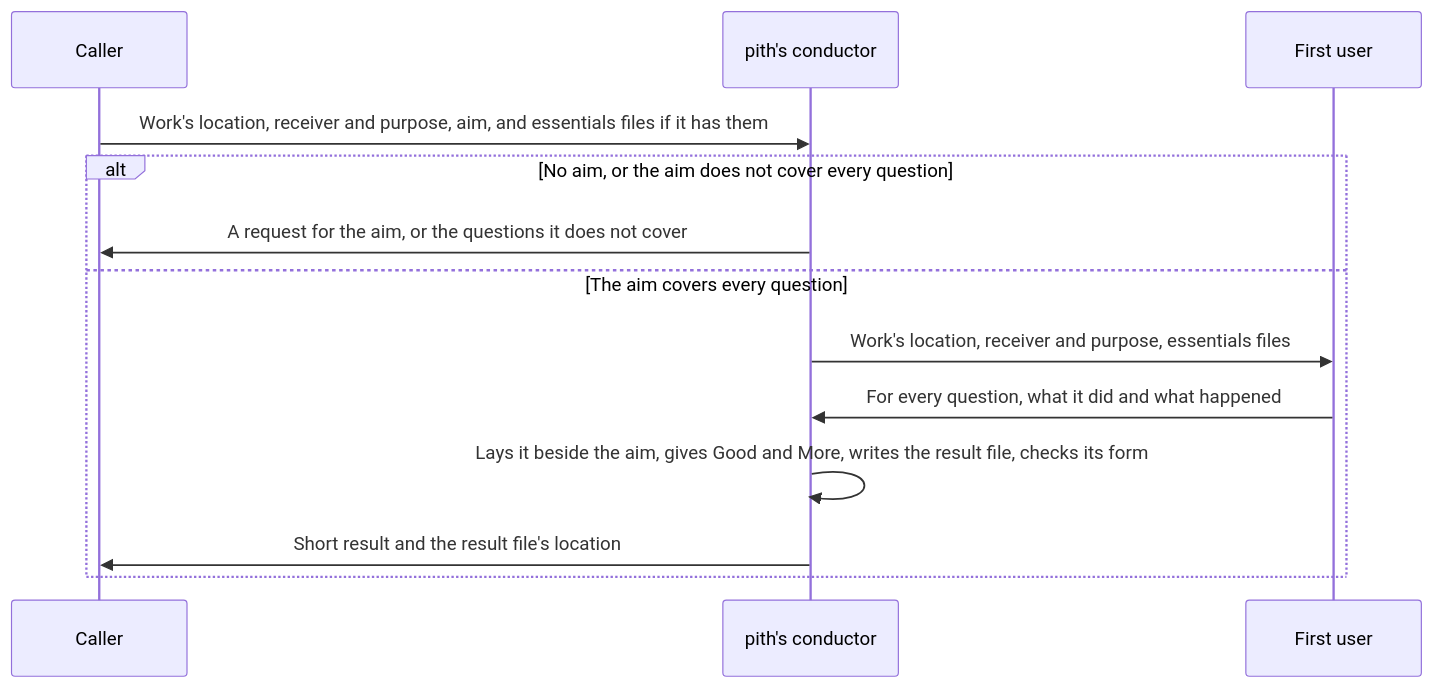
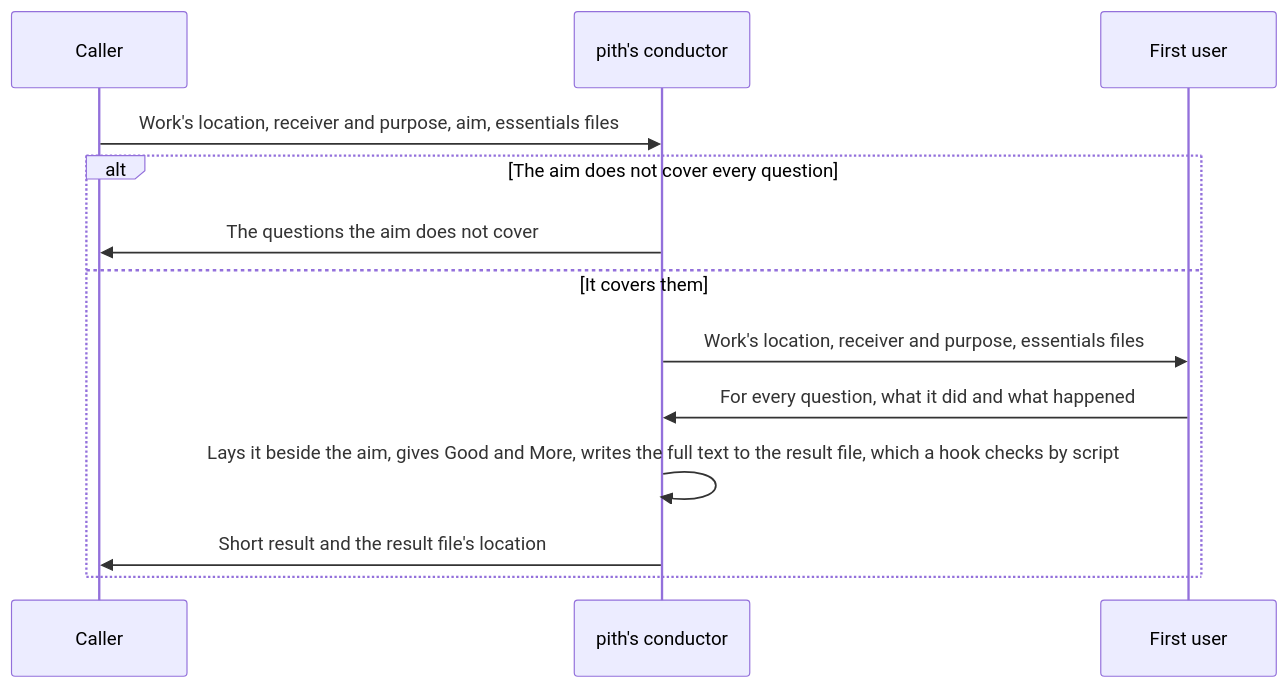
Before and after one commit to lovaizu/ccpm: the second of 4 diagrams in pith/docs/design.md, drawn with Mermaid. The commit also changed other lines of this file and 3 other files, not shown here.

````diff
--- a/pith/docs/design.md
+++ b/pith/docs/design.md
@@ -149,15 +67,15 @@
 ```mermaid
 sequenceDiagram
   participant C as Caller
   participant PC as pith's conductor
   participant FU as First user
-  C->>PC: Work's location, receiver and purpose, aim, and essentials files if it has them
-  alt No aim, or the aim does not cover every question
-    PC->>C: A request for the aim, or the questions it does not cover
-  else The aim covers every question
+  C->>PC: Work's location, receiver and purpose, aim, essentials files
+  alt The aim does not cover every question
+    PC->>C: The questions the aim does not cover
+  else It covers them
     PC->>FU: Work's location, receiver and purpose, essentials files
     FU->>PC: For every question, what it did and what happened
-    PC->>PC: Lays it beside the aim, gives Good and More, writes the result file, checks its form
+    PC->>PC: Lays it beside the aim, gives Good and More, writes the full text to the result file, which a hook checks by script
     PC->>C: Short result and the result file's location
   end
 ```
````
